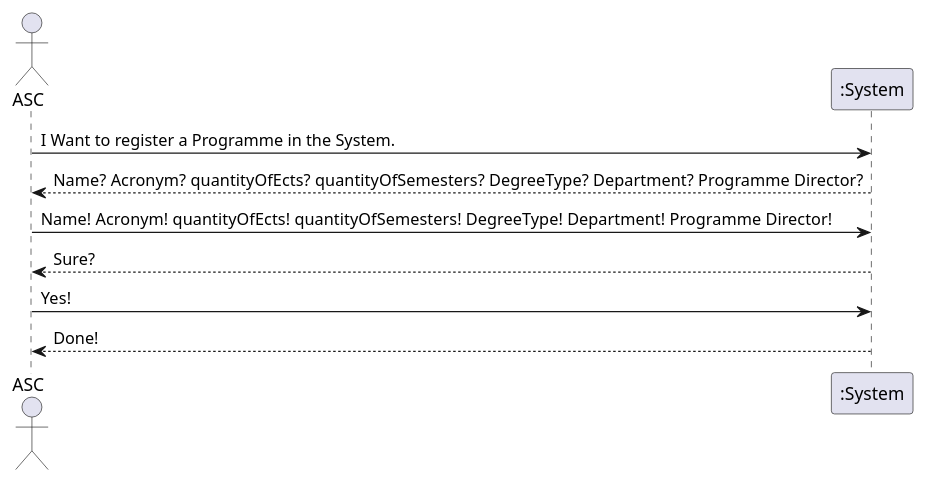
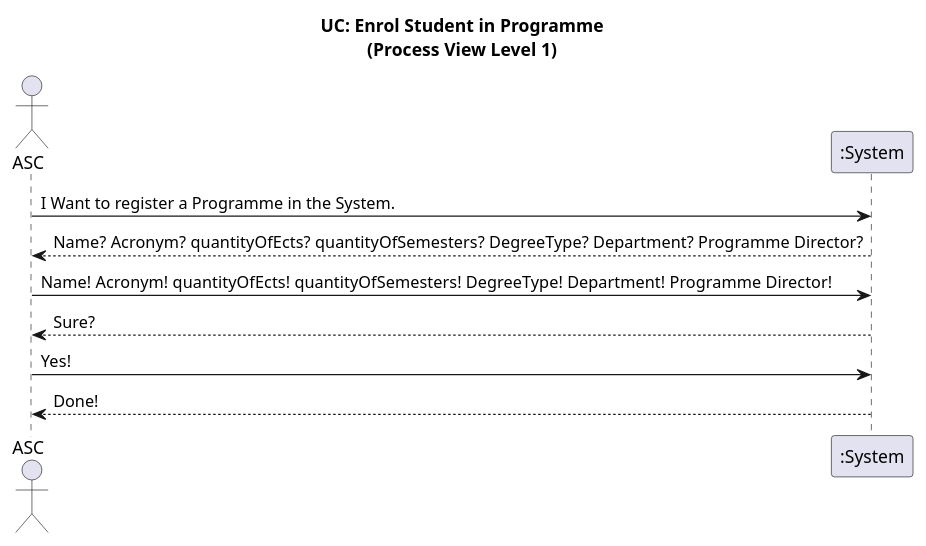
The diagram in docs/US09/ProcessView/level1Diagrams/Level1.puml (GasparISEP/DevOps-PAI), drawn with PlantUML before and after one commit. The commit also changed 2 other files, not shown here.

Commit message:
Ref #529: Created new sequence diagram of Process View level 3 REST API

```diff
--- a/docs/US09/ProcessView/level1Diagrams/Level1.puml
+++ b/docs/US09/ProcessView/level1Diagrams/Level1.puml
@@ -1,12 +1,15 @@
 @startuml
+
+title UC: Enrol Student in Programme\n(Process View Level 1)
+
 actor ASC as Admin
 participant ":System" as System
 
 Admin -> System  : I Want to register a Programme in the System.
 System --> Admin  : Name? Acronym? quantityOfEcts? quantityOfSemesters?  DegreeType? Department? Programme Director?
 Admin -> System  : Name! Acronym! quantityOfEcts! quantityOfSemesters!  DegreeType! Department! Programme Director!
 System --> Admin  : Sure?
 Admin -> System  : Yes!
 System --> Admin  : Done!
 
 @enduml
```
